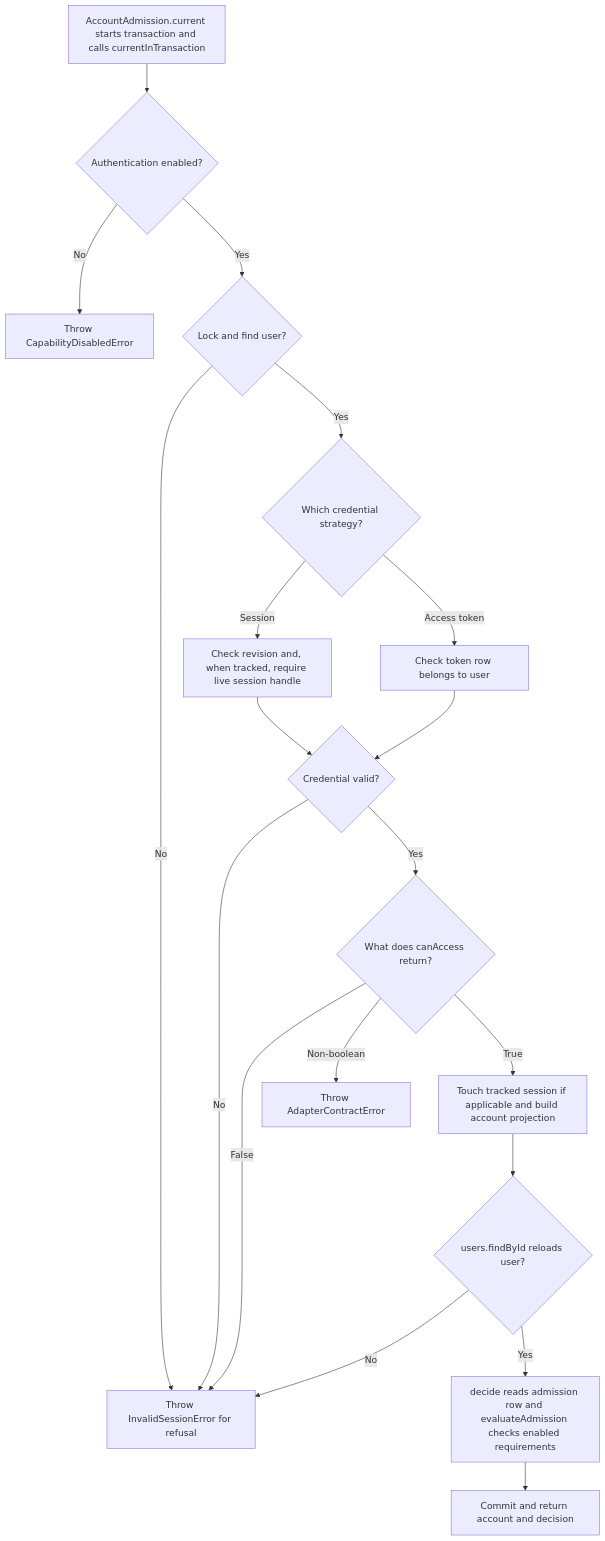
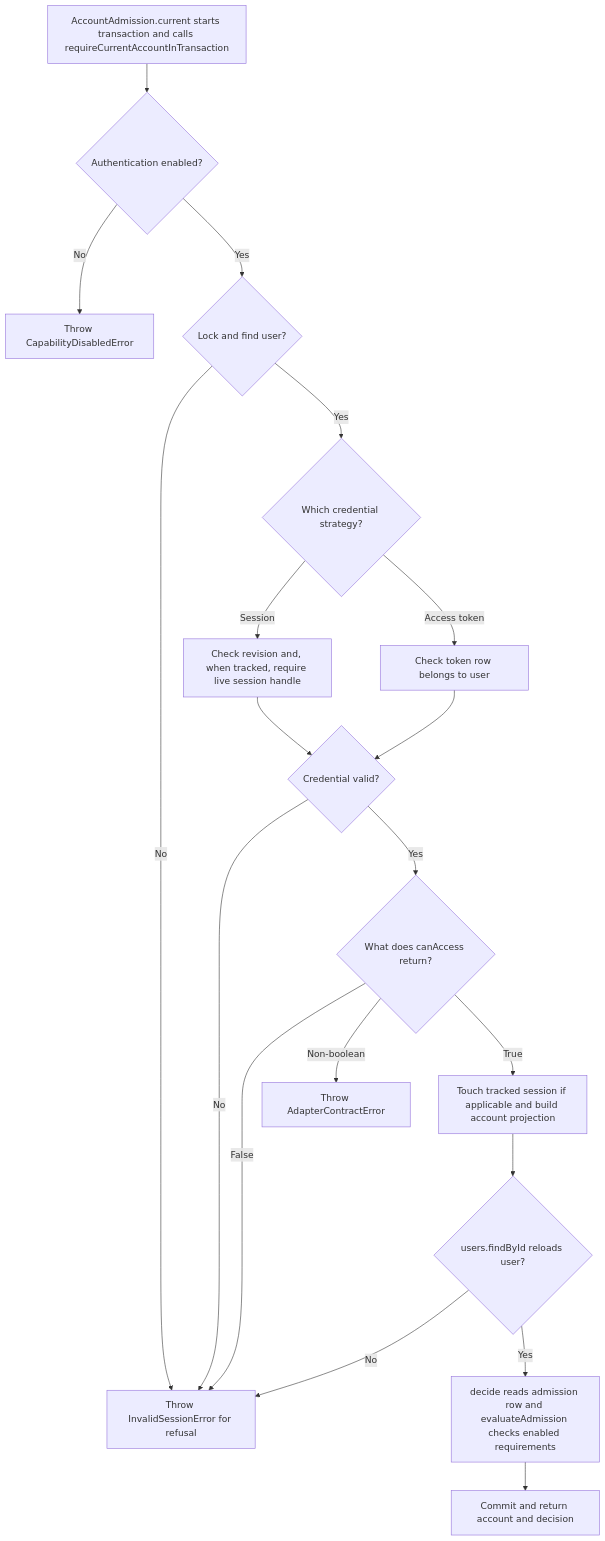
Before and after one commit to Kevinjohn/oss-adonisjs-account-kit: the second of 2 diagrams in user-stories/US-ACCOUNT-56-read-current-admission-status.md, drawn with Mermaid. The commit also changed other lines of this file and 29 other files, not shown here.

````diff
--- a/user-stories/US-ACCOUNT-56-read-current-admission-status.md
+++ b/user-stories/US-ACCOUNT-56-read-current-admission-status.md
@@ -32,21 +32,21 @@
 ```mermaid
 flowchart TD
- A["AccountAdmission.current starts transaction and calls currentInTransaction"] --> B{"Authentication enabled?"}
+ A["AccountAdmission.current starts transaction and calls requireCurrentAccountInTransaction"] --> B{"Authentication enabled?"}
  B -->|No| L["Throw CapabilityDisabledError"]
  B -->|Yes| M{"Lock and find user?"}
  M -->|No| G
  M -->|Yes| C{"Which credential strategy?"}
  C -->|Session| D["Check revision and, when tracked, require live session handle"]
  C -->|Access token| E["Check token row belongs to user"]
  D --> F{"Credential valid?"}
  E --> F
  F -->|No| G["Throw InvalidSessionError for refusal"]
  F -->|Yes| N{"What does canAccess return?"}
  N -->|False| G
  N -->|Non-boolean| O["Throw AdapterContractError"]
  N -->|True| H["Touch tracked session if applicable and build account projection"]
  H --> I{"users.findById reloads user?"}
  I -->|No| G
  I -->|Yes| J["decide reads admission row and evaluateAdmission checks enabled requirements"]
  J --> K["Commit and return account and decision"]
 ```
````
